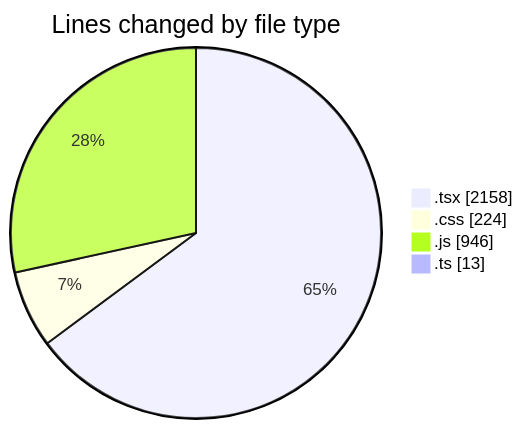
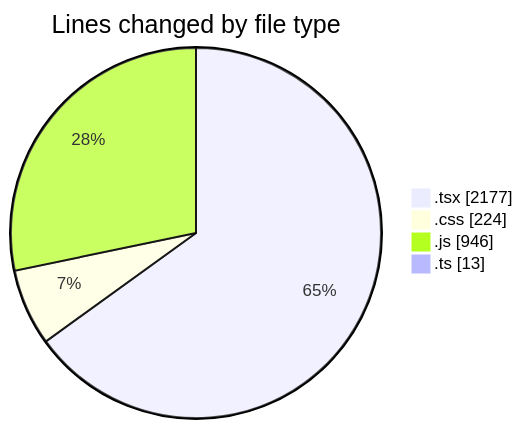
Before and after one commit to Elitesun/code-tracking: the first of 2 diagrams in 2025-04-22/indesign/README.md, drawn with Mermaid. The commit also changed other lines of this file and 1 other file, not shown here.

````diff
--- a/2025-04-22/indesign/README.md
+++ b/2025-04-22/indesign/README.md
@@ -36,8 +36,8 @@
 ```mermaid
 pie showData
 title Lines changed by file type
-".tsx" : 2158
+".tsx" : 2177
 ".css" : 224
 ".js" : 946
 ".ts" : 13
 ```
````
